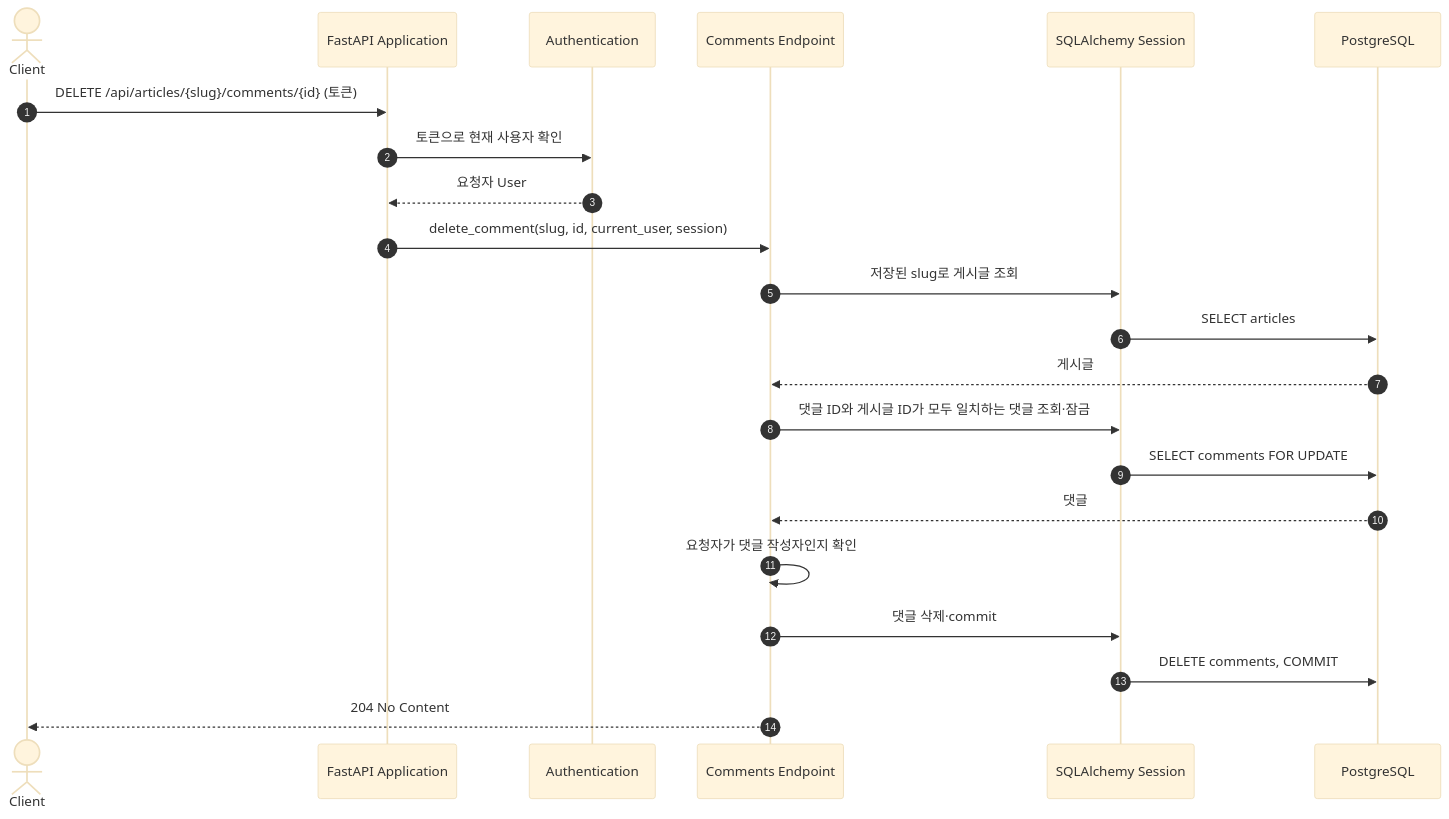
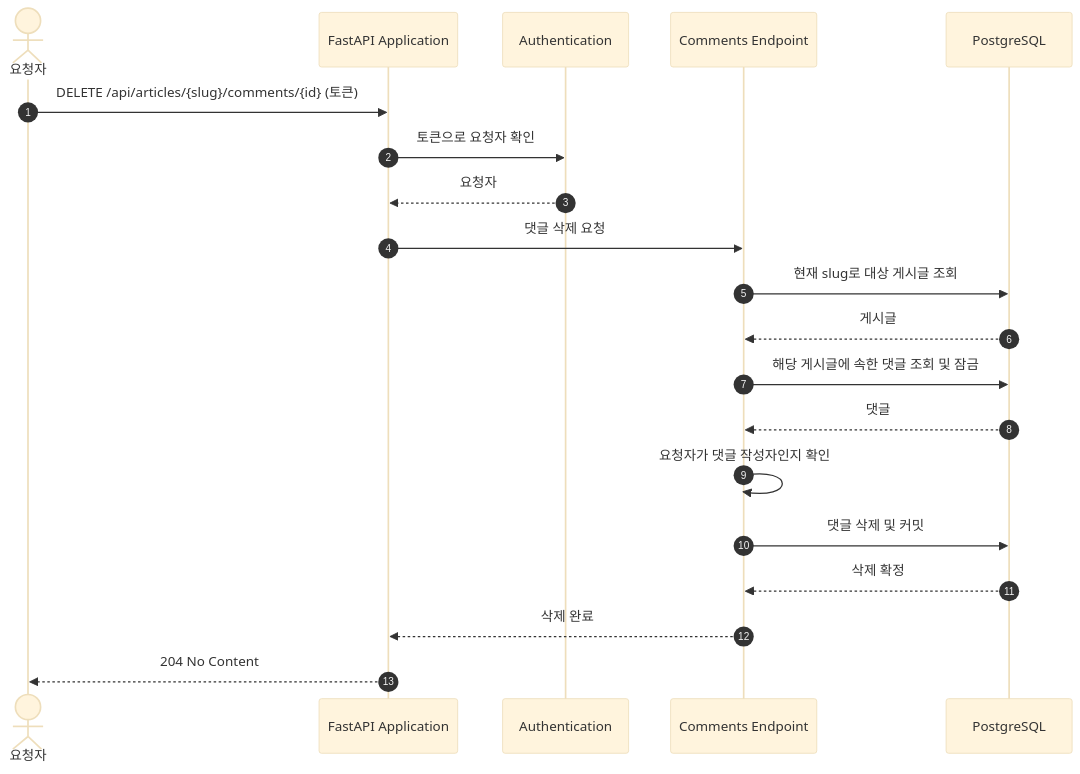
One commit to chahoseong/realworld-fastapi-backend changed the third of 3 diagrams in docs/architecture/flows/comment.md. Above: the diagram before and after it, drawn with Mermaid (base theme). The commit also changed other lines of this file and 11 other files, not shown here.

Commit message:
Refactor documentation for user flows: update component responsibilities, runtime views, and scenarios for comment, favorite, follow, public profile, user login, registration, retrieval, and update processes.

````diff
--- a/docs/architecture/flows/comment.md
+++ b/docs/architecture/flows/comment.md
@@ -86,25 +86,23 @@
 ```mermaid
 sequenceDiagram
     autonumber
-    actor Client
+    actor Client as 요청자
     participant App as FastAPI Application
     participant Auth as Authentication
     participant Endpoint as Comments Endpoint
-    participant Session as SQLAlchemy Session
     participant DB as PostgreSQL
 
     Client->>App: DELETE /api/articles/{slug}/comments/{id} (토큰)
-    App->>Auth: 토큰으로 현재 사용자 확인
-    Auth-->>App: 요청자 User
-    App->>Endpoint: delete_comment(slug, id, current_user, session)
-    Endpoint->>Session: 저장된 slug로 게시글 조회
-    Session->>DB: SELECT articles
+    App->>Auth: 토큰으로 요청자 확인
+    Auth-->>App: 요청자
+    App->>Endpoint: 댓글 삭제 요청
+    Endpoint->>DB: 현재 slug로 대상 게시글 조회
     DB-->>Endpoint: 게시글
-    Endpoint->>Session: 댓글 ID와 게시글 ID가 모두 일치하는 댓글 조회·잠금
-    Session->>DB: SELECT comments FOR UPDATE
+    Endpoint->>DB: 해당 게시글에 속한 댓글 조회 및 잠금
     DB-->>Endpoint: 댓글
     Endpoint->>Endpoint: 요청자가 댓글 작성자인지 확인
-    Endpoint->>Session: 댓글 삭제·commit
-    Session->>DB: DELETE comments, COMMIT
-    Endpoint-->>Client: 204 No Content
+    Endpoint->>DB: 댓글 삭제 및 커밋
+    DB-->>Endpoint: 삭제 확정
+    Endpoint-->>App: 삭제 완료
+    App-->>Client: 204 No Content
 ```
````
